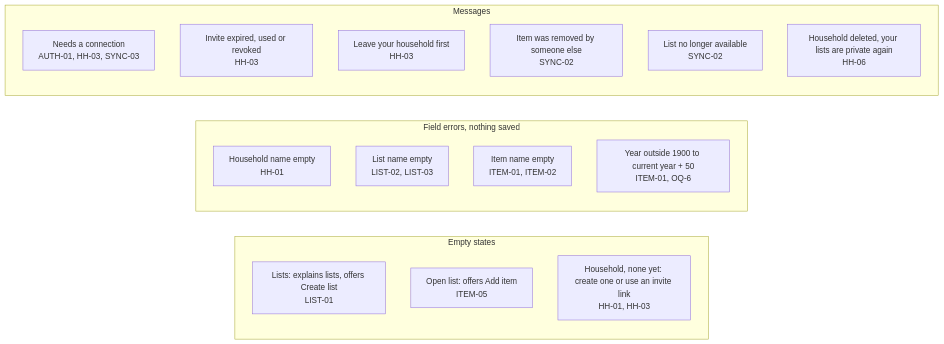
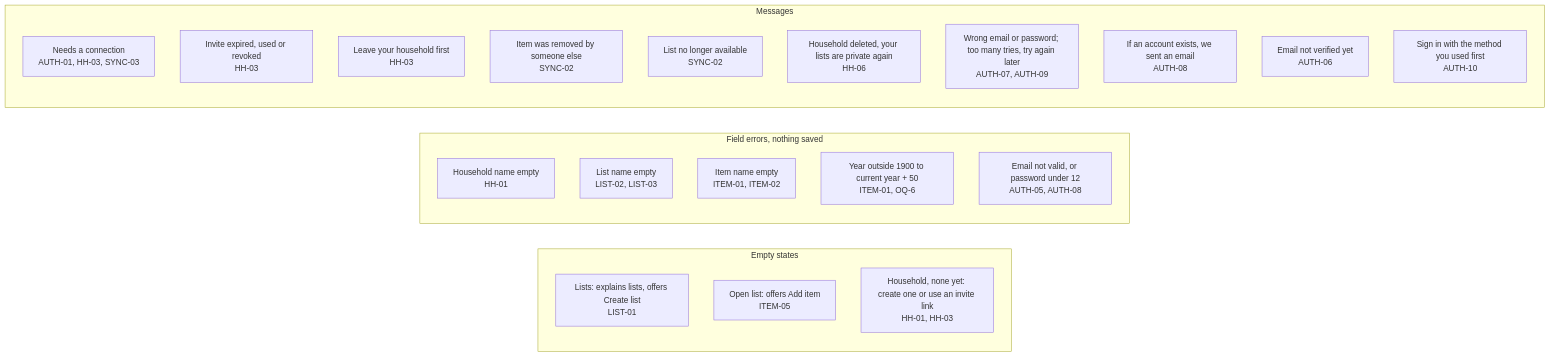
Before and after one commit to bondo/listicles2: diagram 11 of 11 in docs/product/flow.md, drawn with Mermaid. The commit also changed other lines of this file and 1 other file, not shown here.

First line of the commit message:
docs(product): add email and password sign-in stories (AUTH-05..10)

````diff
--- a/docs/product/flow.md
+++ b/docs/product/flow.md
@@ -239,22 +272,27 @@
 ```mermaid
 flowchart LR
     subgraph empty ["Empty states"]
         e1["Lists: explains lists, offers Create list<br>LIST-01"]
         e2["Open list: offers Add item<br>ITEM-05"]
         e3["Household, none yet: create one or use an invite link<br>HH-01, HH-03"]
     end
     subgraph field ["Field errors, nothing saved"]
         f1["Household name empty<br>HH-01"]
         f2["List name empty<br>LIST-02, LIST-03"]
         f3["Item name empty<br>ITEM-01, ITEM-02"]
         f4["Year outside 1900 to current year + 50<br>ITEM-01, OQ-6"]
+        f5["Email not valid, or password under 12<br>AUTH-05, AUTH-08"]
     end
     subgraph msg ["Messages"]
         m1["Needs a connection<br>AUTH-01, HH-03, SYNC-03"]
         m2["Invite expired, used or revoked<br>HH-03"]
         m3["Leave your household first<br>HH-03"]
         m4["Item was removed by someone else<br>SYNC-02"]
         m5["List no longer available<br>SYNC-02"]
         m6["Household deleted, your lists are private again<br>HH-06"]
+        m7["Wrong email or password; too many tries, try again later<br>AUTH-07, AUTH-09"]
+        m8["If an account exists, we sent an email<br>AUTH-08"]
+        m9["Email not verified yet<br>AUTH-06"]
+        m10["Sign in with the method you used first<br>AUTH-10"]
     end
 ```
````
